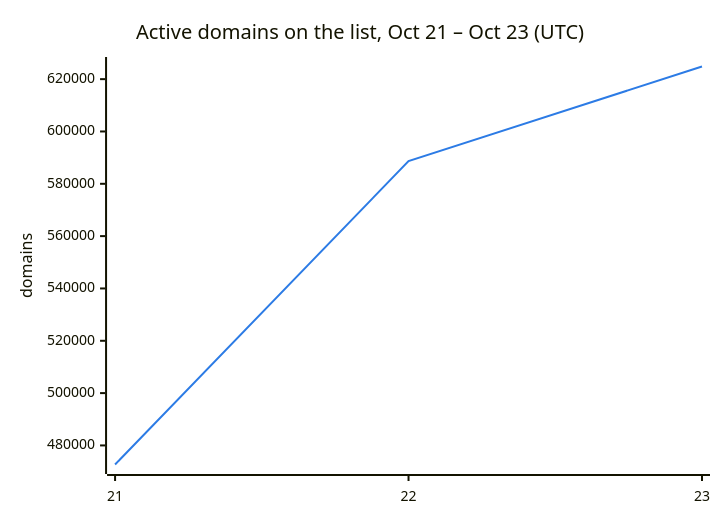
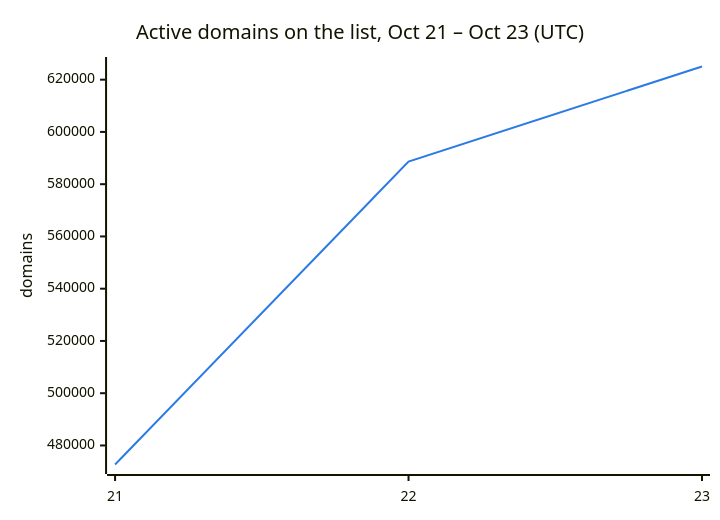
One commit to DNSBunker/CTI changed the second of 3 diagrams in README.md. Above: the diagram before and after it, drawn with Mermaid. The commit also changed other lines of this file and 3 other files, not shown here.

````diff
--- a/README.md
+++ b/README.md
@@ -38,8 +38,8 @@
 ```mermaid
 %%{init: {"themeVariables": {"xyChart": {"plotColorPalette": "#2c7be5"}}}}%%
 xychart-beta
     title "Active domains on the list, Oct 21 – Oct 23 (UTC)"
     x-axis ["21", "22", "23"]
     y-axis "domains"
-    line [472713, 588659, 624832]
+    line [472713, 588659, 625041]
 ```
````
